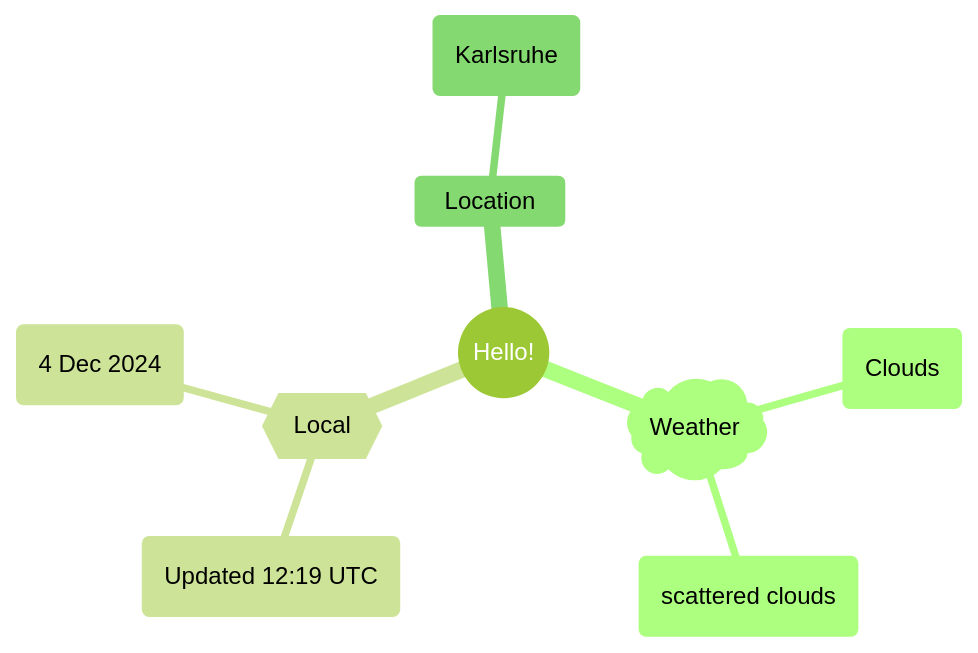
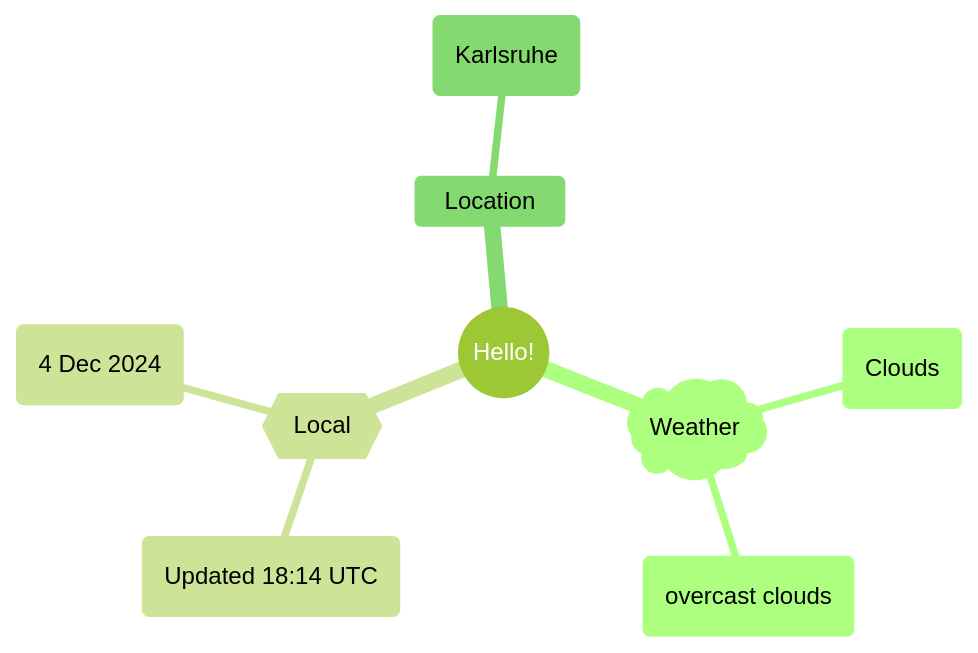
One commit to Xosrov/Xosrov changed the first of 2 diagrams in README.md. Above: the diagram before and after it, drawn with Mermaid (forest theme).

Commit message:
[bot] updated images

````diff
--- a/README.md
+++ b/README.md
@@ -3,12 +3,12 @@
 ```mermaid
 mindmap
   root((Hello!))
     )Weather(
         (Clouds)
-        (scattered clouds)
+        (overcast clouds)
     {{Local}}
-        (Updated 12:19 UTC)
+        (Updated 18:14 UTC)
         (4 Dec 2024)
     Location
         (Karlsruhe)
 ```
````
